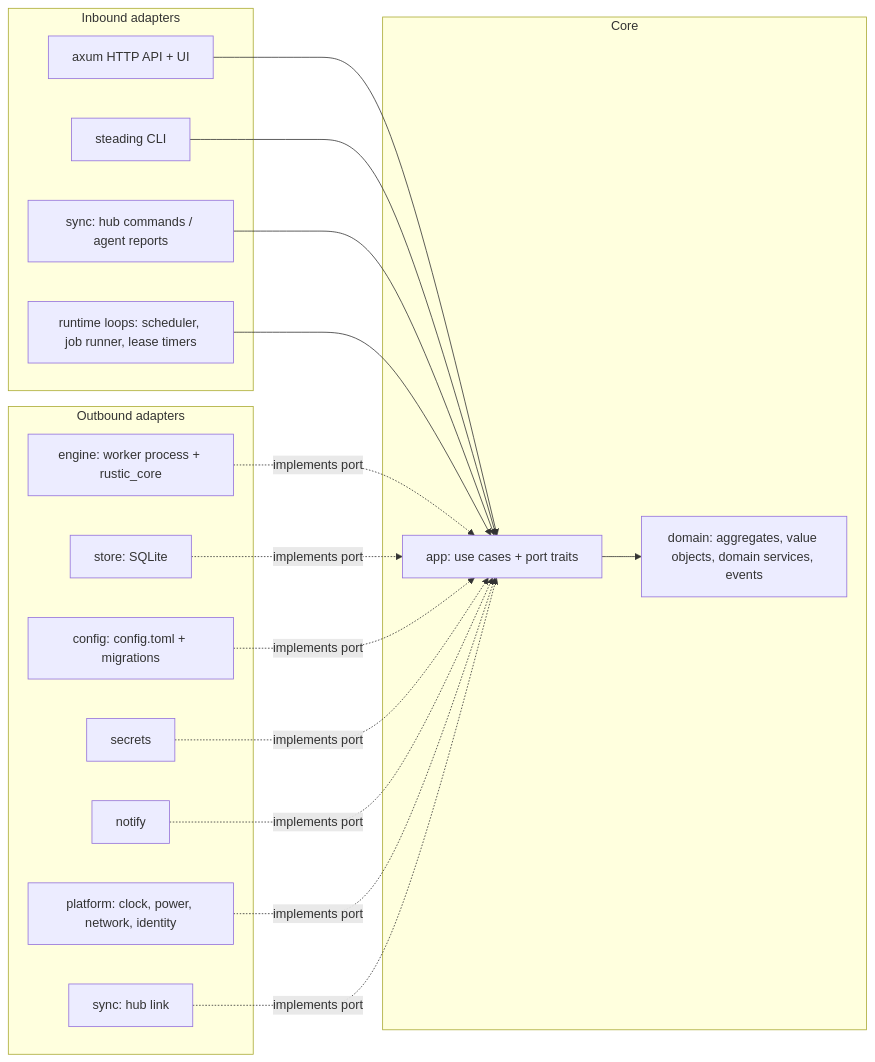
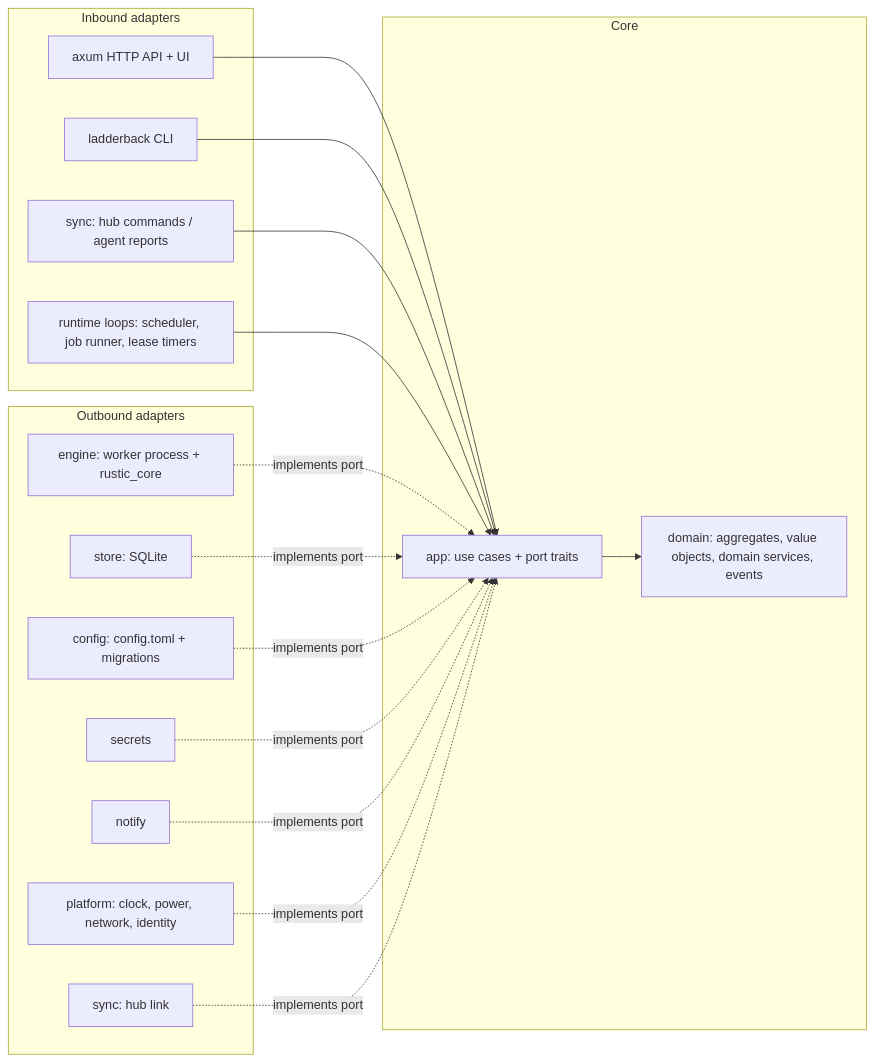
Before and after one commit to nledford/Ladderback: the diagram in docs/design/architecture.md, drawn with Mermaid. The commit also changed other lines of this file and 85 other files, not shown here.

First line of the commit message:
refactor!: rename Steading to Ladderback (#57)

````diff
--- a/docs/design/architecture.md
+++ b/docs/design/architecture.md
@@ -106,34 +106,34 @@
 ```mermaid
 flowchart LR
   subgraph Inbound adapters
     HTTP[axum HTTP API + UI]
-    CLI[steading CLI]
+    CLI[ladderback CLI]
     SYNCIN[sync: hub commands / agent reports]
     LOOPS[runtime loops: scheduler, job runner, lease timers]
   end
   subgraph Core
     APP[app: use cases + port traits]
     DOM[domain: aggregates, value objects, domain services, events]
   end
   subgraph Outbound adapters
     ENG[engine: worker process + rustic_core]
     STORE[store: SQLite]
     CFG[config: config.toml + migrations]
     SEC[secrets]
     NOTE[notify]
     PLAT[platform: clock, power, network, identity]
     SYNCOUT[sync: hub link]
   end
   HTTP --> APP
   CLI --> APP
   SYNCIN --> APP
   LOOPS --> APP
   APP --> DOM
   ENG -. implements port .-> APP
   STORE -. implements port .-> APP
   CFG -. implements port .-> APP
   SEC -. implements port .-> APP
   NOTE -. implements port .-> APP
   PLAT -. implements port .-> APP
   SYNCOUT -. implements port .-> APP
 ```
````
